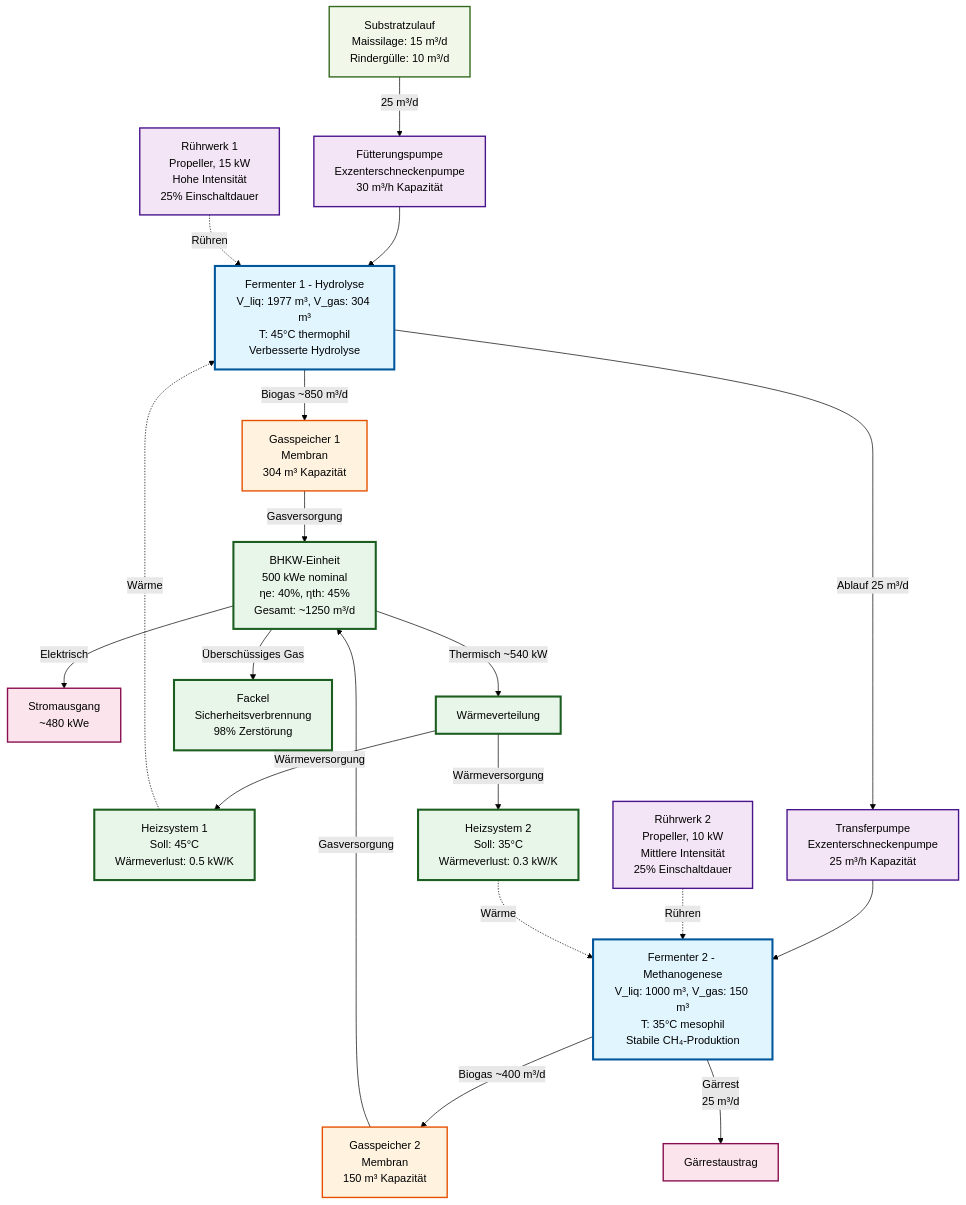
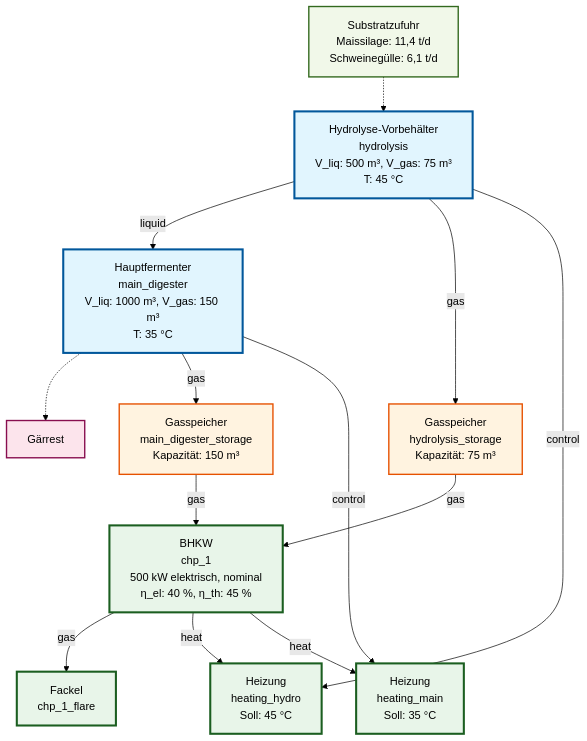
One commit to dgaida/PyADM1ODE changed the diagram in docs/de/examples/two_stage_plant.md. Above: the diagram before and after it, drawn with Mermaid (forest theme). The commit also changed other lines of this file and 181 other files, not shown here.

````diff
--- a/docs/de/examples/two_stage_plant.md
+++ b/docs/de/examples/two_stage_plant.md
@@ -13,66 +26,38 @@
 ```mermaid
 graph TB
-    %% Substratzulauf
-    Feed[Substratzulauf<br/>Maissilage: 15 m³/d<br/>Rindergülle: 10 m³/d]
+    Feed[Substratzufuhr<br/>Maissilage: 11,4 t/d<br/>Schweinegülle: 6,1 t/d]
+    Hydro[Hydrolyse-Vorbehälter<br/>hydrolysis<br/>V_liq: 500 m³, V_gas: 75 m³<br/>T: 45 °C]
+    Main[Hauptfermenter<br/>main_digester<br/>V_liq: 1000 m³, V_gas: 150 m³<br/>T: 35 °C]
+    Effluent[Gärrest]
+    Storage1[Gasspeicher<br/>hydrolysis_storage<br/>Kapazität: 75 m³]
+    Storage2[Gasspeicher<br/>main_digester_storage<br/>Kapazität: 150 m³]
+    CHP[BHKW<br/>chp_1<br/>500 kW elektrisch, nominal<br/>η_el: 40 %, η_th: 45 %]
+    Flare[Fackel<br/>chp_1_flare]
+    Heating1[Heizung<br/>heating_hydro<br/>Soll: 45 °C]
+    Heating2[Heizung<br/>heating_main<br/>Soll: 35 °C]
 
-    %% Fütterungspumpe
-    Feed -->|25 m³/d| FeedPump[Fütterungspumpe<br/>Exzenterschneckenpumpe<br/>30 m³/h Kapazität]
+    Feed -.-> Hydro
+    Hydro -->|liquid| Main
+    Main -.-> Effluent
+    Hydro -->|gas| Storage1
+    Main -->|gas| Storage2
+    Storage1 -->|gas| CHP
+    Storage2 -->|gas| CHP
+    CHP -->|gas| Flare
+    Hydro -->|control| Heating1
+    Main -->|control| Heating2
+    CHP -->|heat| Heating1
+    CHP -->|heat| Heating2
 
-    %% Erste Stufe - Hydrolyse
-    FeedPump --> Dig1[Fermenter 1 - Hydrolyse<br/>V_liq: 1977 m³, V_gas: 304 m³<br/>T: 45°C thermophil<br/>Verbesserte Hydrolyse]
-
-    %% Rührwerk 1
-    Mixer1[Rührwerk 1<br/>Propeller, 15 kW<br/>Hohe Intensität<br/>25% Einschaltdauer] -.->|Rühren| Dig1
-
-    %% Gasspeicher 1
-    Dig1 -->|Biogas ~850 m³/d| Storage1[Gasspeicher 1<br/>Membran<br/>304 m³ Kapazität]
-
-    %% Heizung 1
-    Heating1[Heizsystem 1<br/>Soll: 45°C<br/>Wärmeverlust: 0.5 kW/K] -.->|Wärme| Dig1
-
-    %% Transferpumpe
-    Dig1 -->|Ablauf 25 m³/d| TransPump[Transferpumpe<br/>Exzenterschneckenpumpe<br/>25 m³/h Kapazität]
-
-    %% Zweite Stufe - Methanogenese
-    TransPump --> Dig2[Fermenter 2 - Methanogenese<br/>V_liq: 1000 m³, V_gas: 150 m³<br/>T: 35°C mesophil<br/>Stabile CH₄-Produktion]
-
-    %% Rührwerk 2
-    Mixer2[Rührwerk 2<br/>Propeller, 10 kW<br/>Mittlere Intensität<br/>25% Einschaltdauer] -.->|Rühren| Dig2
-
-    %% Gasspeicher 2
-    Dig2 -->|Biogas ~400 m³/d| Storage2[Gasspeicher 2<br/>Membran<br/>150 m³ Kapazität]
-
-    %% Heizung 2
-    Heating2[Heizsystem 2<br/>Soll: 35°C<br/>Wärmeverlust: 0.3 kW/K] -.->|Wärme| Dig2
-
-    %% Kombinierter Gasfluss zum BHKW
-    Storage1 -->|Gasversorgung| CHP[BHKW-Einheit<br/>500 kWe nominal<br/>ηe: 40%, ηth: 45%<br/>Gesamt: ~1250 m³/d]
-    Storage2 -->|Gasversorgung| CHP
-
-    %% BHKW-Ausgänge
-    CHP -->|Elektrisch| Power[Stromausgang<br/>~480 kWe]
-    CHP -->|Thermisch ~540 kW| HeatDist[Wärmeverteilung]
-    CHP -->|Überschüssiges Gas| Flare[Fackel<br/>Sicherheitsverbrennung<br/>98% Zerstörung]
-
-    %% Wärmeverteilung
-    HeatDist -->|Wärmeversorgung| Heating1
-    HeatDist -->|Wärmeversorgung| Heating2
-
-    %% Finale Ausgänge
-    Dig2 -->|Gärrest<br/>25 m³/d| Effluent[Gärrestaustrag]
-
-    %% Styling
     classDef processBox fill:#e1f5fe,stroke:#01579b,stroke-width:3px
     classDef storageBox fill:#fff3e0,stroke:#e65100,stroke-width:2px
-    classDef mechanicalBox fill:#f3e5f5,stroke:#4a148c,stroke-width:2px
     classDef energyBox fill:#e8f5e9,stroke:#1b5e20,stroke-width:3px
     classDef inputBox fill:#f1f8e9,stroke:#33691e,stroke-width:2px
     classDef outputBox fill:#fce4ec,stroke:#880e4f,stroke-width:2px
 
-    class Dig1,Dig2 processBox
+    class Hydro,Main processBox
     class Storage1,Storage2 storageBox
-    class FeedPump,TransPump,Mixer1,Mixer2 mechanicalBox
-    class CHP,Heating1,Heating2,HeatDist,Flare energyBox
+    class CHP,Flare,Heating1,Heating2 energyBox
     class Feed inputBox
-    class Power,Effluent outputBox
+    class Effluent outputBox
 ```
````
